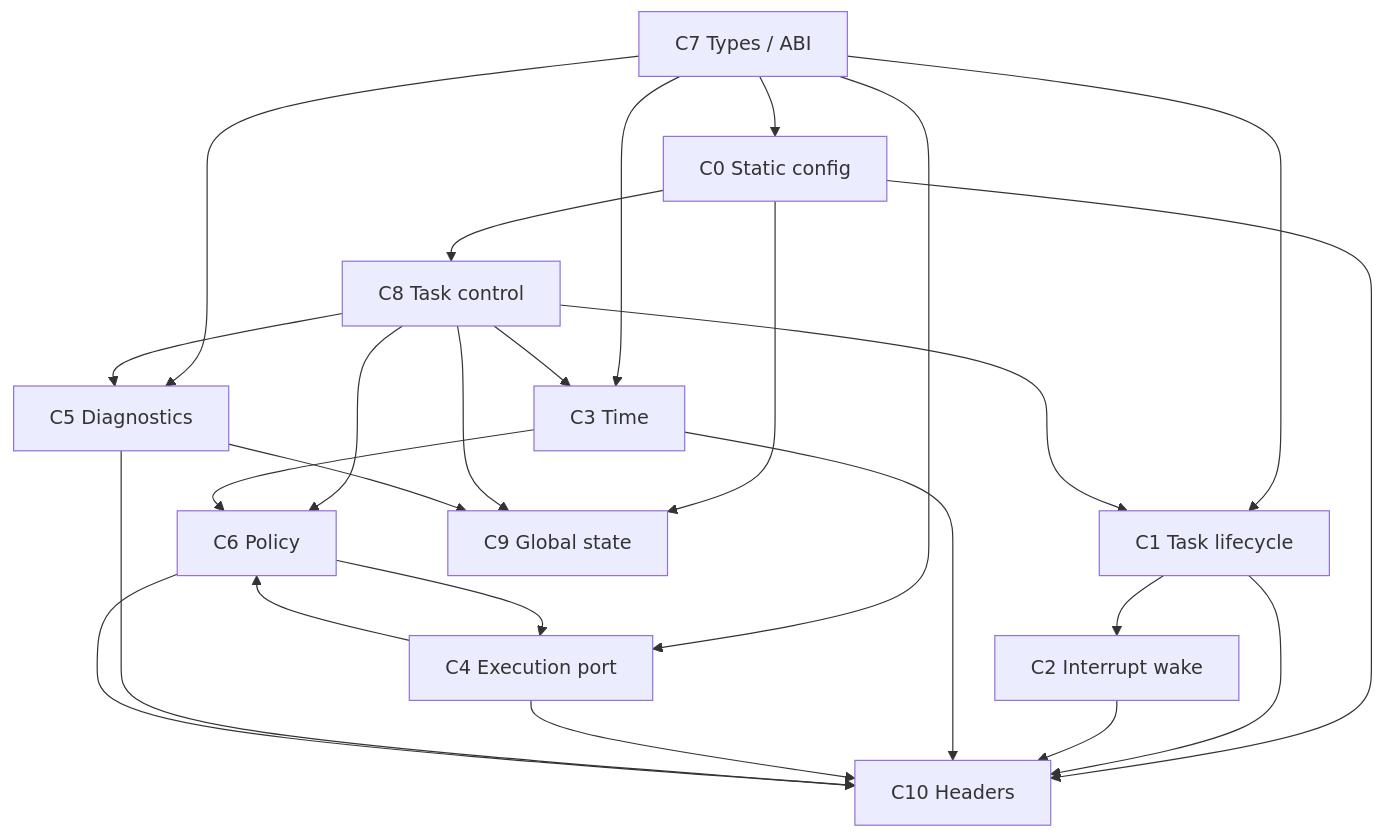
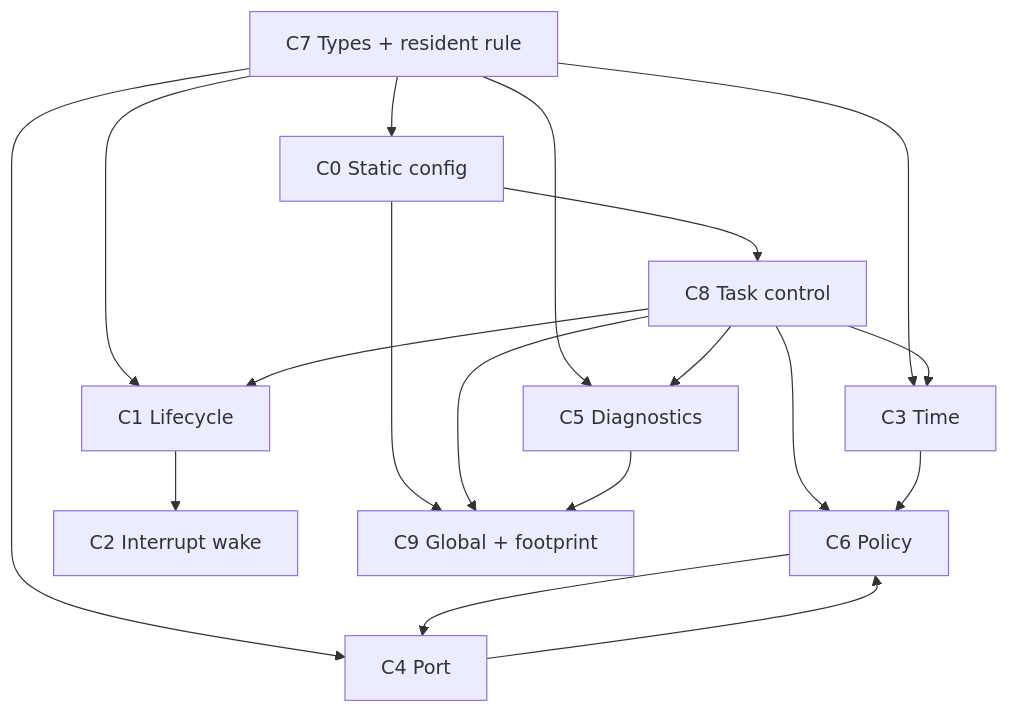
The diagram in architecture/contracts/index.md (tumblewhead/arghtos), drawn with Mermaid before and after one commit. The commit also changed other lines of this file, not shown here.

````diff
--- a/architecture/contracts/index.md
+++ b/architecture/contracts/index.md
@@ -18,31 +18,23 @@
 ```mermaid
 flowchart TB
-  C7["C7 Types / ABI"] --> C0["C0 Static config"]
-  C7 --> C1["C1 Task lifecycle"]
+  C7["C7 Types + resident rule"] --> C0["C0 Static config"]
+  C7 --> C1["C1 Lifecycle"]
   C7 --> C3["C3 Time"]
-  C7 --> C4["C4 Execution port"]
+  C7 --> C4["C4 Port"]
   C7 --> C5["C5 Diagnostics"]
 
   C0 --> C8["C8 Task control"]
   C8 --> C1
   C8 --> C3
   C8 --> C5
   C8 --> C6["C6 Policy"]
 
   C1 --> C2["C2 Interrupt wake"]
   C3 --> C6
   C4 --> C6
   C6 --> C4
 
-  C0 --> C9["C9 Global state"]
+  C0 --> C9["C9 Global + footprint"]
   C8 --> C9
   C5 --> C9
-
-  C0 --> C10["C10 Headers"]
-  C1 --> C10
-  C2 --> C10
-  C3 --> C10
-  C4 --> C10
-  C5 --> C10
-  C6 --> C10
 ```
````
